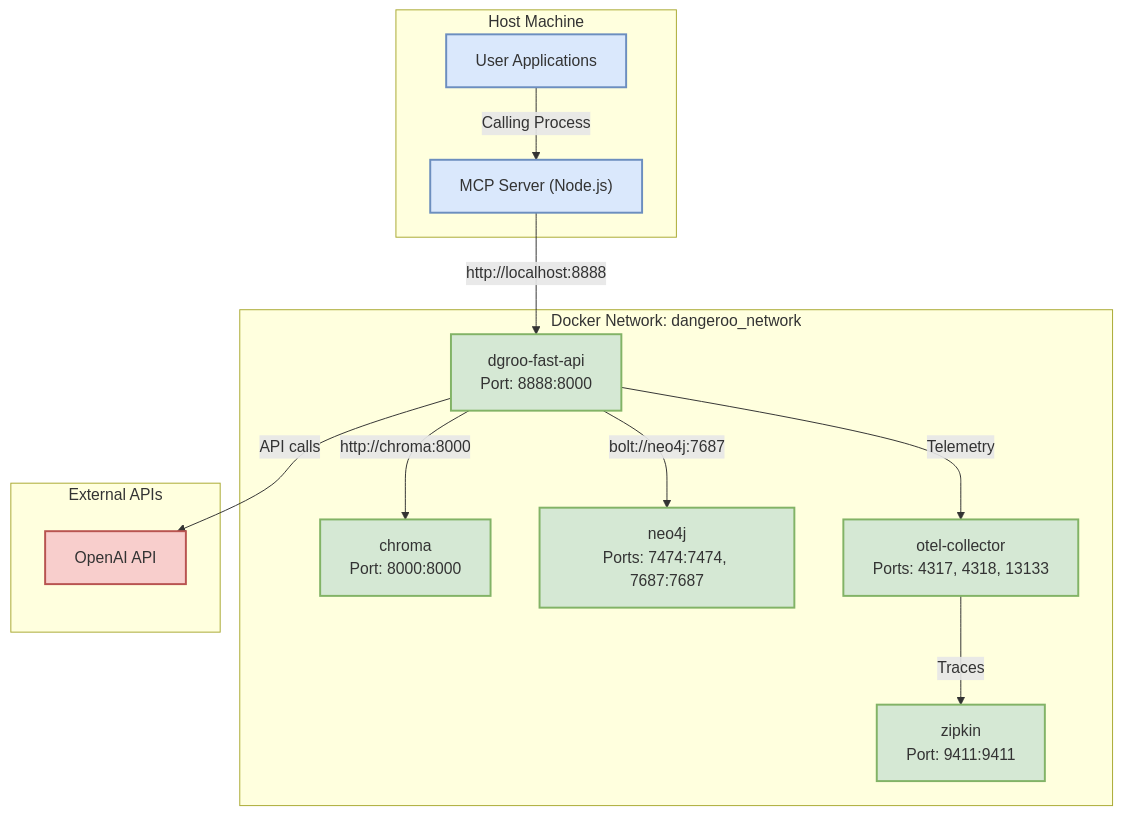
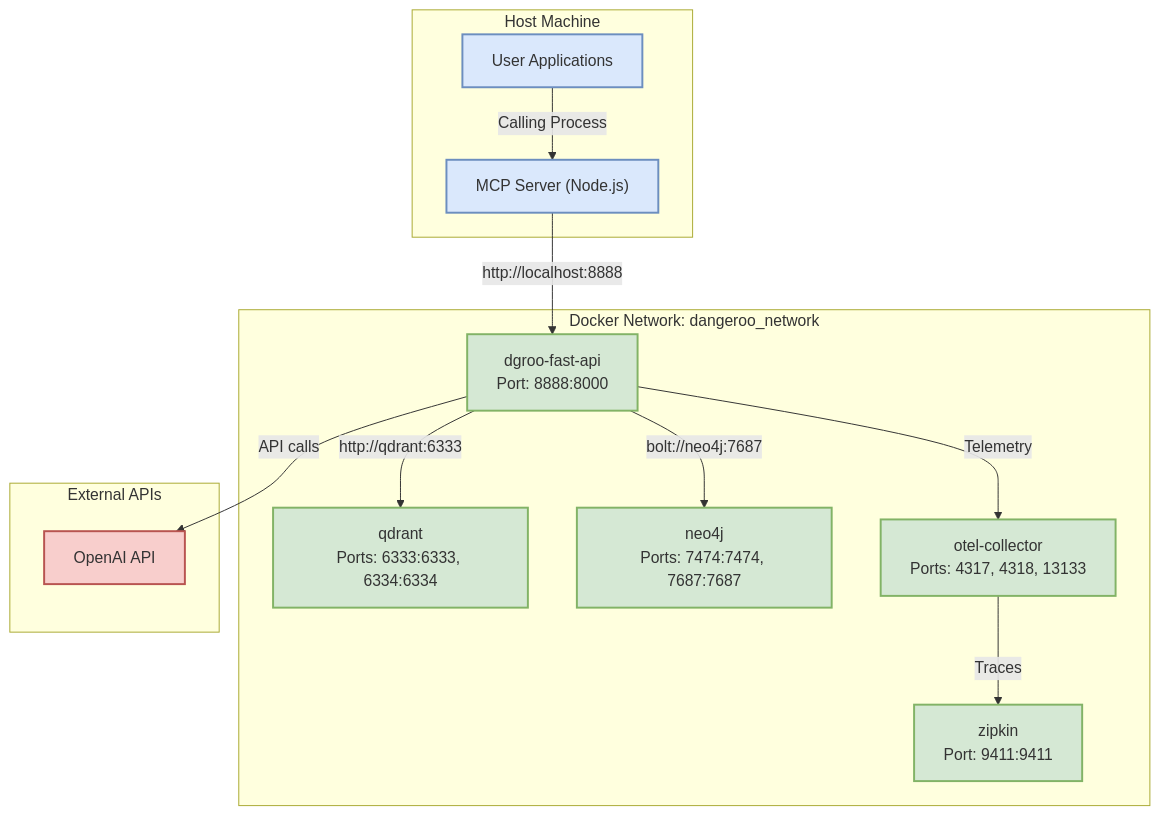
One commit to darrynv/dangeroo changed the tenth of 11 diagrams in dangeroo-mem0-mcp/docs/dangeroo-architecture.md. Above: the diagram before and after it, drawn with Mermaid. The commit also changed other lines of this file and 7 other files, not shown here.

````diff
--- a/dangeroo-mem0-mcp/docs/dangeroo-architecture.md
+++ b/dangeroo-mem0-mcp/docs/dangeroo-architecture.md
@@ -325,35 +325,35 @@
 ```mermaid
 graph TB
     subgraph "Docker Network: dangeroo_network"
         FastAPI["dgroo-fast-api<br>Port: 8888:8000"]
-        Chroma["chroma<br>Port: 8000:8000"]
+        Qdrant["qdrant<br>Ports: 6333:6333, 6334:6334"]
         Neo4j["neo4j<br>Ports: 7474:7474, 7687:7687"]
         OTEL["otel-collector<br>Ports: 4317, 4318, 13133"]
         Zipkin["zipkin<br>Port: 9411:9411"]
     end
     
     subgraph "Host Machine"
         User["User Applications"]
         MCP["MCP Server (Node.js)"]
     end
     
     subgraph "External APIs"
         OpenAI["OpenAI API"]
     end
     
     User -->|"Calling Process"| MCP
     MCP -->|"http://localhost:8888"| FastAPI
-    FastAPI -->|"http://chroma:8000"| Chroma
+    FastAPI -->|"http://qdrant:6333"| Qdrant
     FastAPI -->|"bolt://neo4j:7687"| Neo4j
     FastAPI -->|"API calls"| OpenAI
     FastAPI -->|"Telemetry"| OTEL
     OTEL -->|"Traces"| Zipkin
     
     classDef container fill:#d5e8d4,stroke:#82b366,stroke-width:2px;
     classDef external fill:#f8cecc,stroke:#b85450,stroke-width:2px;
     classDef host fill:#dae8fc,stroke:#6c8ebf,stroke-width:2px;
     
-    class FastAPI,Chroma,Neo4j,OTEL,Zipkin container;
+    class FastAPI,Qdrant,Neo4j,OTEL,Zipkin container;
     class OpenAI external;
     class User,MCP host;
 ```
````
